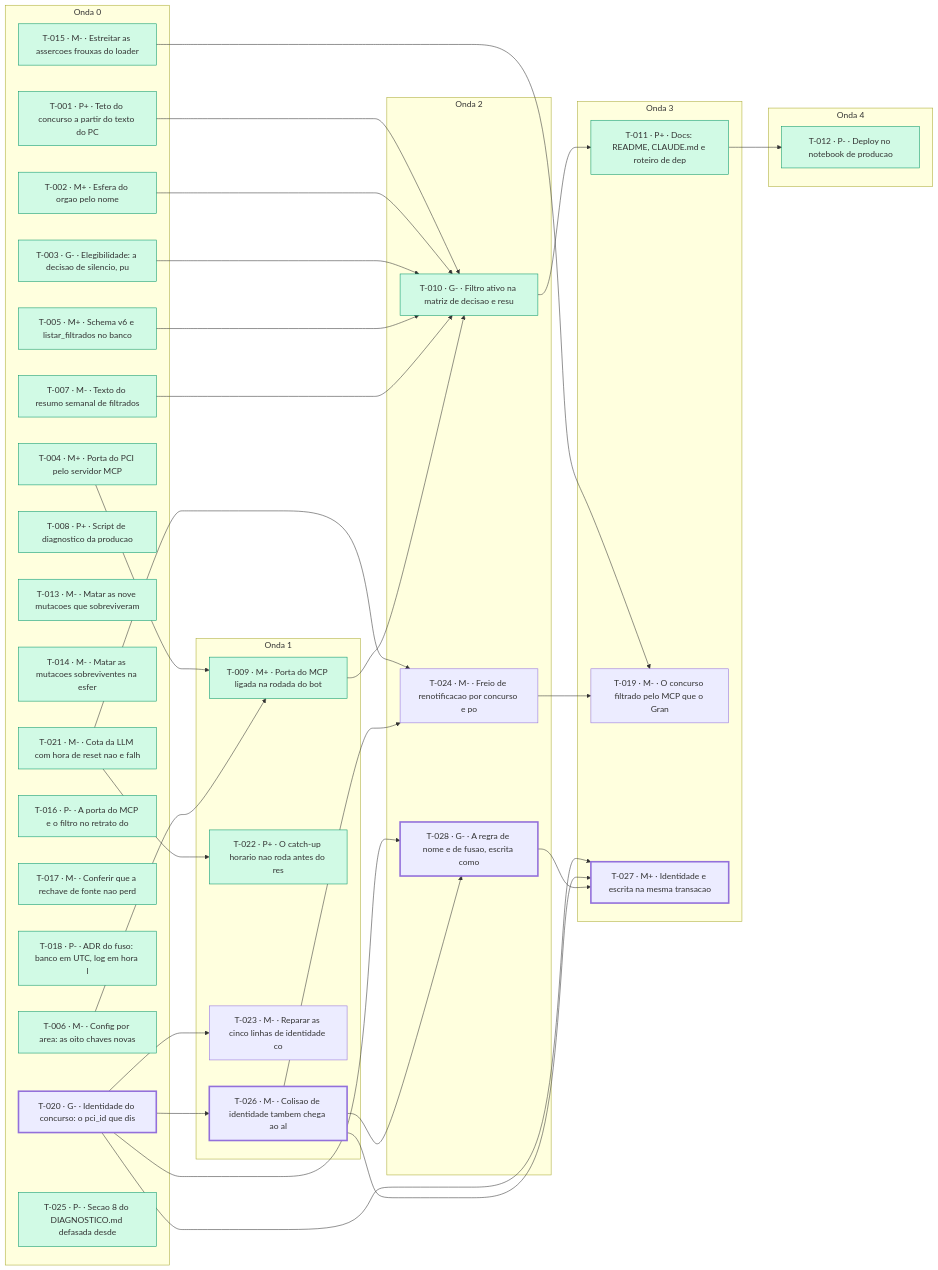
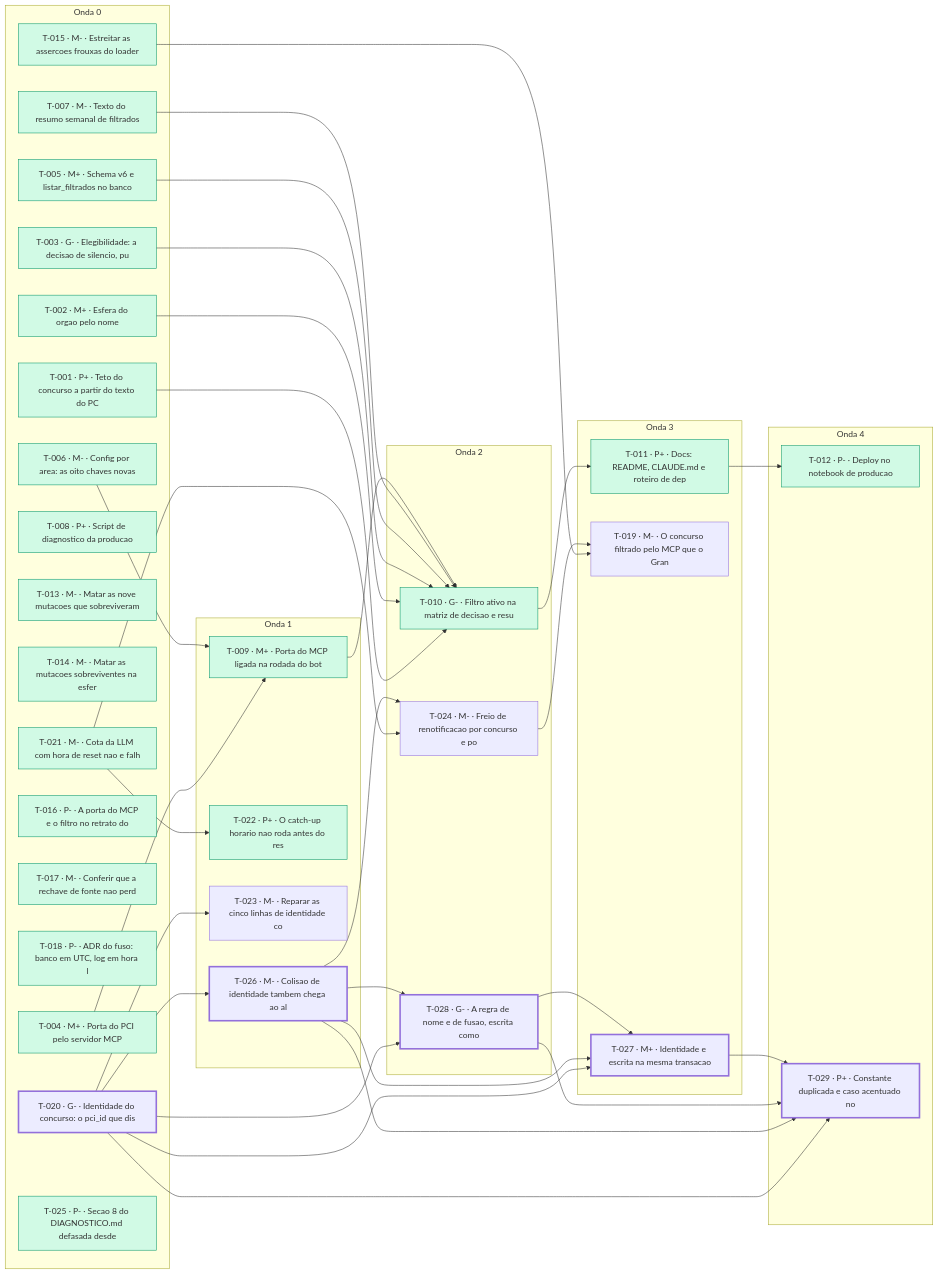
One commit to lucasmsorrentino/monitor_concursos_ti changed the diagram in kanban/MAPA.md. Above: the diagram before and after it, drawn with Mermaid. The commit also changed other lines of this file and 7 other files, not shown here.

````diff
--- a/kanban/MAPA.md
+++ b/kanban/MAPA.md
@@ -87,67 +88,72 @@
 ```mermaid
 graph LR
   subgraph O0["Onda 0"]
     T001["T-001 · P+ · Teto do concurso a partir do texto do PC"]
     T002["T-002 · M+ · Esfera do orgao pelo nome"]
     T003["T-003 · G- · Elegibilidade: a decisao de silencio, pu"]
     T004["T-004 · M+ · Porta do PCI pelo servidor MCP"]
     T005["T-005 · M+ · Schema v6 e listar_filtrados no banco"]
     T006["T-006 · M- · Config por area: as oito chaves novas"]
     T007["T-007 · M- · Texto do resumo semanal de filtrados"]
     T008["T-008 · P+ · Script de diagnostico da producao"]
     T013["T-013 · M- · Matar as nove mutacoes que sobreviveram "]
     T014["T-014 · M- · Matar as mutacoes sobreviventes na esfer"]
     T015["T-015 · M- · Estreitar as assercoes frouxas do loader"]
     T016["T-016 · P- · A porta do MCP e o filtro no retrato do "]
     T017["T-017 · M- · Conferir que a rechave de fonte nao perd"]
     T018["T-018 · P- · ADR do fuso: banco em UTC, log em hora l"]
     T020["T-020 · G- · Identidade do concurso: o pci_id que dis"]
     T021["T-021 · M- · Cota da LLM com hora de reset nao e falh"]
     T025["T-025 · P- · Secao 8 do DIAGNOSTICO.md defasada desde"]
   end
   subgraph O1["Onda 1"]
     T009["T-009 · M+ · Porta do MCP ligada na rodada do bot"]
     T022["T-022 · P+ · O catch-up horario nao roda antes do res"]
     T023["T-023 · M- · Reparar as cinco linhas de identidade co"]
     T026["T-026 · M- · Colisao de identidade tambem chega ao al"]
   end
   subgraph O2["Onda 2"]
     T010["T-010 · G- · Filtro ativo na matriz de decisao e resu"]
     T024["T-024 · M- · Freio de renotificacao por concurso e po"]
     T028["T-028 · G- · A regra de nome e de fusao, escrita como"]
   end
   subgraph O3["Onda 3"]
     T011["T-011 · P+ · Docs: README, CLAUDE.md e roteiro de dep"]
     T019["T-019 · M- · O concurso filtrado pelo MCP que o Gran "]
     T027["T-027 · M+ · Identidade e escrita na mesma transacao "]
   end
   subgraph O4["Onda 4"]
     T012["T-012 · P- · Deploy no notebook de producao"]
+    T029["T-029 · P+ · Constante duplicada e caso acentuado no "]
   end
   T004 --> T009
   T006 --> T009
   T001 --> T010
   T002 --> T010
   T003 --> T010
   T005 --> T010
   T007 --> T010
   T009 --> T010
   T010 --> T011
   T011 --> T012
   T015 --> T019
   T024 --> T019
   T021 --> T022
   T020 --> T023
   T021 --> T024
   T026 --> T024
   T020 --> T026
   T020 --> T027
   T026 --> T027
   T028 --> T027
   T020 --> T028
   T026 --> T028
+  T020 --> T029
+  T026 --> T029
+  T028 --> T029
+  T027 --> T029
   classDef integrado fill:#d1fae5,stroke:#059669
   class T001,T002,T003,T004,T005,T006,T007,T008,T009,T010,T011,T012,T013,T014,T015,T016,T017,T018,T021,T022,T025 integrado
   classDef critico stroke-width:3px
-  class T020,T026,T028,T027 critico
+  class T020,T026,T028,T027,T029 critico
 ```
````
